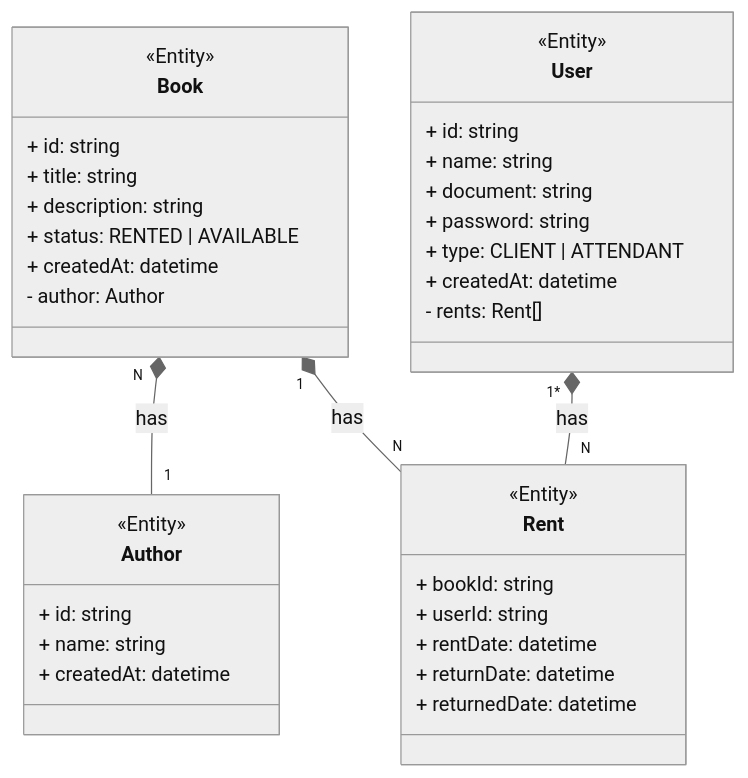
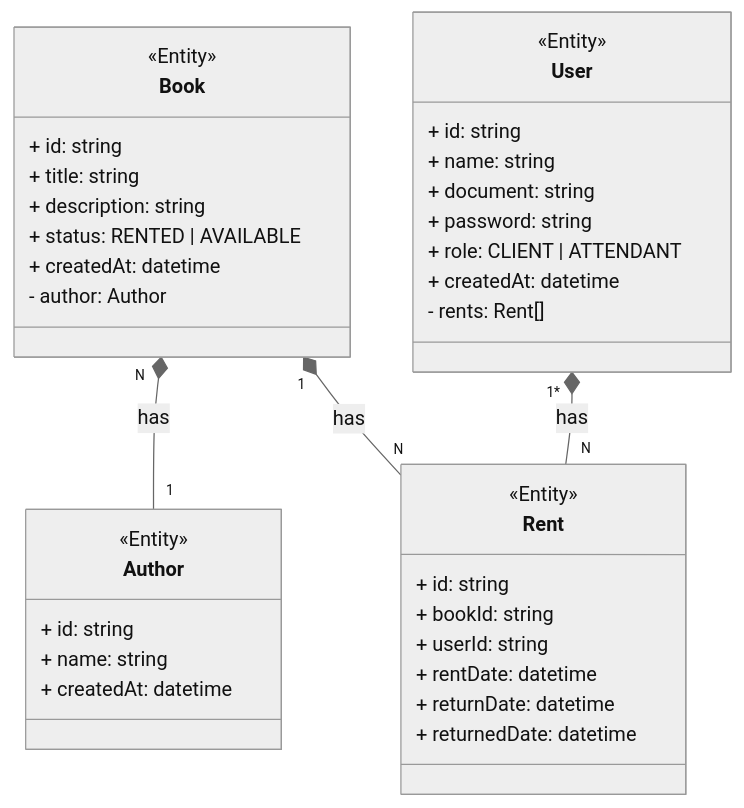
One commit to gabrielmendes98/clean-architecture-library changed the diagram in README.md. Above: the diagram before and after it, drawn with Mermaid (neutral theme). The commit also changed other lines of this file, not shown here.

````diff
--- a/README.md
+++ b/README.md
@@ -320,43 +318,44 @@
 ```mermaid
 classDiagram
     class Book {
         <<Entity>>
         + id: string
         + title: string
         + description: string
         + status: RENTED | AVAILABLE
         + createdAt: datetime
         - author: Author
     }
 
     class Author {
         <<Entity>>
         + id: string
         + name: string
         + createdAt: datetime
     }
 
     class User {
         <<Entity>>
         + id: string
         + name: string
         + document: string
         + password: string
-        + type: CLIENT | ATTENDANT
+        + role: CLIENT | ATTENDANT
         + createdAt: datetime
         - rents: Rent[]
     }
 
     class Rent {
         <<Entity>>
+        + id: string
         + bookId: string
         + userId: string
         + rentDate: datetime
         + returnDate: datetime
         + returnedDate: datetime
     }
 
     Book "N" *-- "1" Author : has
     Book "1" *-- "N" Rent : has
     User "1*" *-- "N" Rent : has
 ```
````
